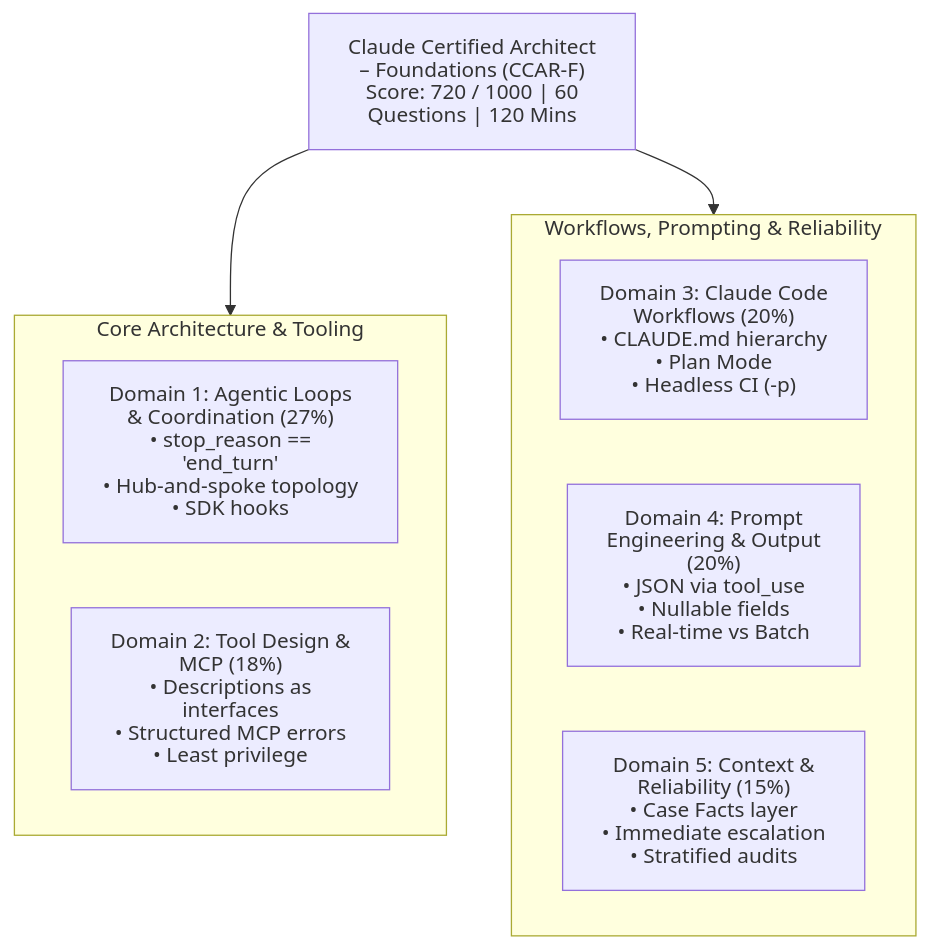
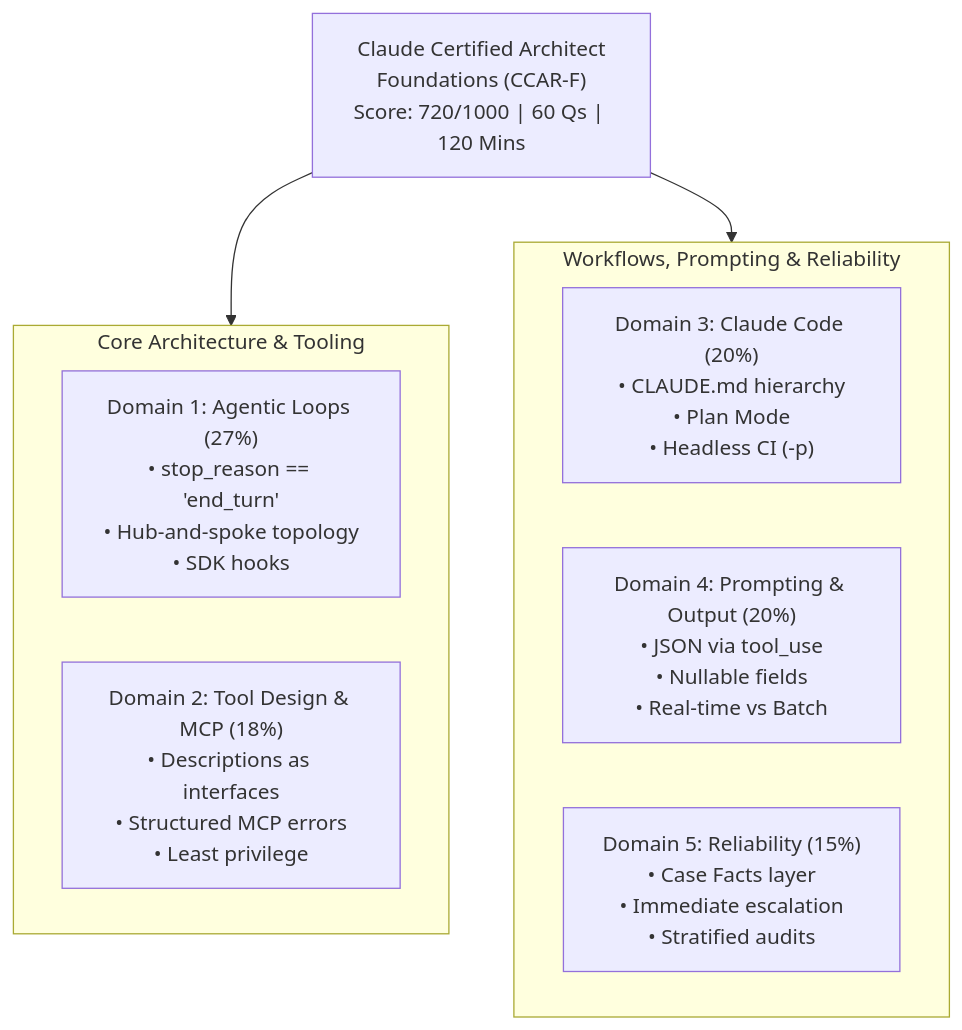
Before and after one commit to dip4k/claude_cert_architect_foundation_prep: the diagram in README.md, drawn with Mermaid. The commit also changed 99 other files, not shown here.

````diff
--- a/README.md
+++ b/README.md
@@ -54,22 +54,18 @@
 ```mermaid
----
-config:
-  htmlLabels: false
----
 flowchart TD
-    CCAR["Claude Certified Architect – Foundations (CCAR-F)<br>Score: 720 / 1000 | 60 Questions | 120 Mins"]
+    CCAR["Claude Certified Architect<br>Foundations (CCAR-F)<br>Score: 720/1000 | 60 Qs | 120 Mins"]
     
     subgraph Core["Core Architecture & Tooling"]
-        D1["Domain 1: Agentic Loops & Coordination (27%)<br>• stop_reason == 'end_turn'<br>• Hub-and-spoke topology<br>• SDK hooks"]
+        D1["Domain 1: Agentic Loops (27%)<br>• stop_reason == 'end_turn'<br>• Hub-and-spoke topology<br>• SDK hooks"]
         D2["Domain 2: Tool Design & MCP (18%)<br>• Descriptions as interfaces<br>• Structured MCP errors<br>• Least privilege"]
     end
     
     subgraph Workflows["Workflows, Prompting & Reliability"]
-        D3["Domain 3: Claude Code Workflows (20%)<br>• CLAUDE.md hierarchy<br>• Plan Mode<br>• Headless CI (-p)"]
-        D4["Domain 4: Prompt Engineering & Output (20%)<br>• JSON via tool_use<br>• Nullable fields<br>• Real-time vs Batch"]
-        D5["Domain 5: Context & Reliability (15%)<br>• Case Facts layer<br>• Immediate escalation<br>• Stratified audits"]
+        D3["Domain 3: Claude Code (20%)<br>• CLAUDE.md hierarchy<br>• Plan Mode<br>• Headless CI (-p)"]
+        D4["Domain 4: Prompting & Output (20%)<br>• JSON via tool_use<br>• Nullable fields<br>• Real-time vs Batch"]
+        D5["Domain 5: Reliability (15%)<br>• Case Facts layer<br>• Immediate escalation<br>• Stratified audits"]
     end
 
     CCAR --> Core
     CCAR --> Workflows
 ```
````
